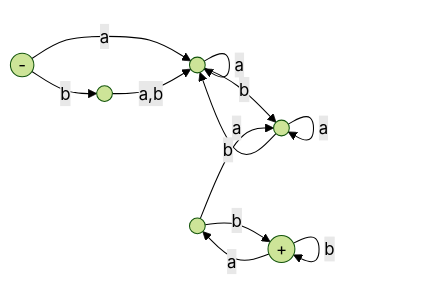
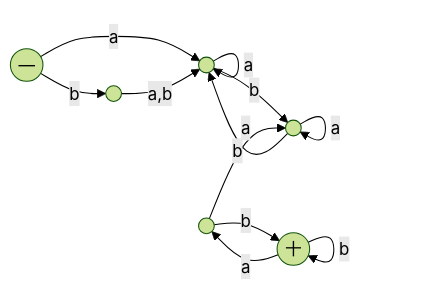
Before and after one commit to ufidon/ct: the first of 9 diagrams in mod2/dec.md, drawn with Mermaid (forest theme). The commit also changed other lines of this file, not shown here.

Commit message:
broken mermaid and math

````diff
--- a/mod2/dec.md
+++ b/mod2/dec.md
@@ -79,21 +79,21 @@
 ```mermaid
 flowchart LR
-  q1(("-"))
+  q1(("—"))
   q2((" "))
   q3((" "))
   q4((" "))
   q5((" "))
-  q6(("+"))
+  q6(("十"))
 
   q1-->|a|q3
   q1-->|b|q2
   q2-->|"a,b"|q3
   q3-->|a|q3
   q3-->|b|q4
   q4-->|b|q3
   q4-->|a|q4
   q5-->|a|q4
   q5-->|b|q6
   q6-->|a|q5
   q6-->|b|q6
 ```
````
